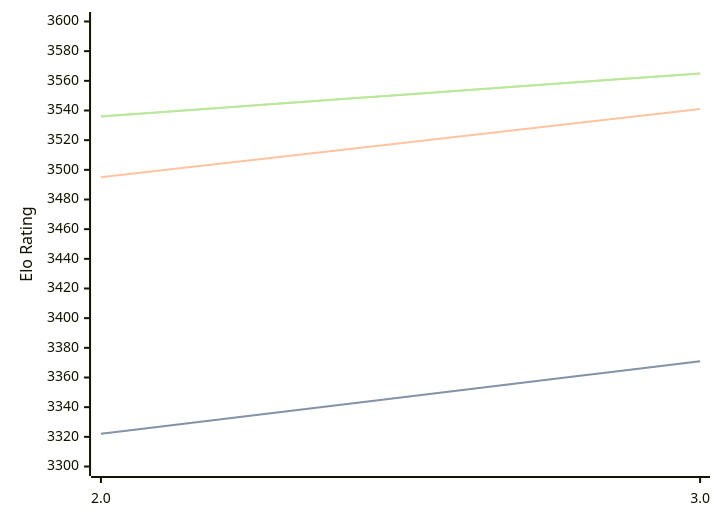
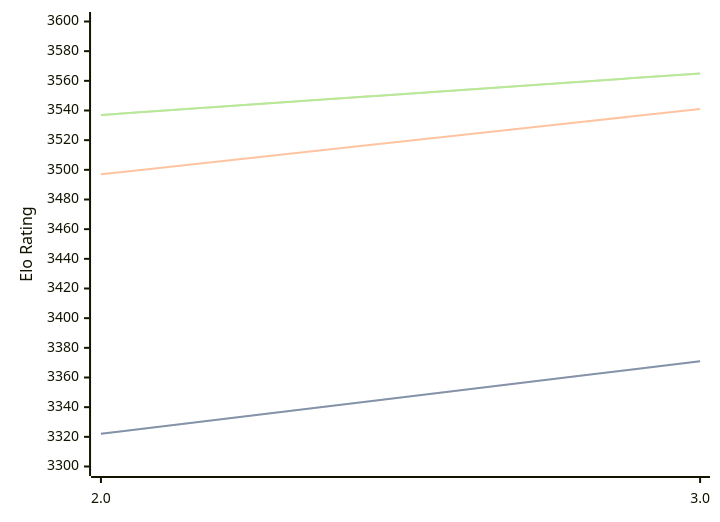
Before and after one commit to computer-chess-index/cci: the diagram in engines/Quanticade.md, drawn with Mermaid. The commit also changed other lines of this file, not shown here.

Commit message:
Update CCI Ratings (ELO VLTC) - 2026-04-10

````diff
--- a/engines/Quanticade.md
+++ b/engines/Quanticade.md
@@ -41,11 +41,11 @@
 ```mermaid
 %%{init: {"theme":"base","themeVariables":{"seriesColors:['#a3a3a3','#222221','#faa371']}}}%%
 xychart-beta
   x-axis ["2.0", "3.0"]
   y-axis "Elo Rating" 3300 --> 3600
   line "STC (8.0+0.08s)" [3322, 3371]
   line "STC (8.0+0.08s)" [3322, 3371]
-  line "LTC (60.0+0.60s)" [3495, 3541]
-  line "VLTC (2m24s+1.12s)" [3536, 3565]
-  line "VLTC (2m24s+1.12s)" [3536, 3565]
+  line "LTC (60.0+0.60s)" [3497, 3541]
+  line "VLTC (2m24s+1.12s)" [3537, 3565]
+  line "VLTC (2m24s+1.12s)" [3537, 3565]
 ```
````
